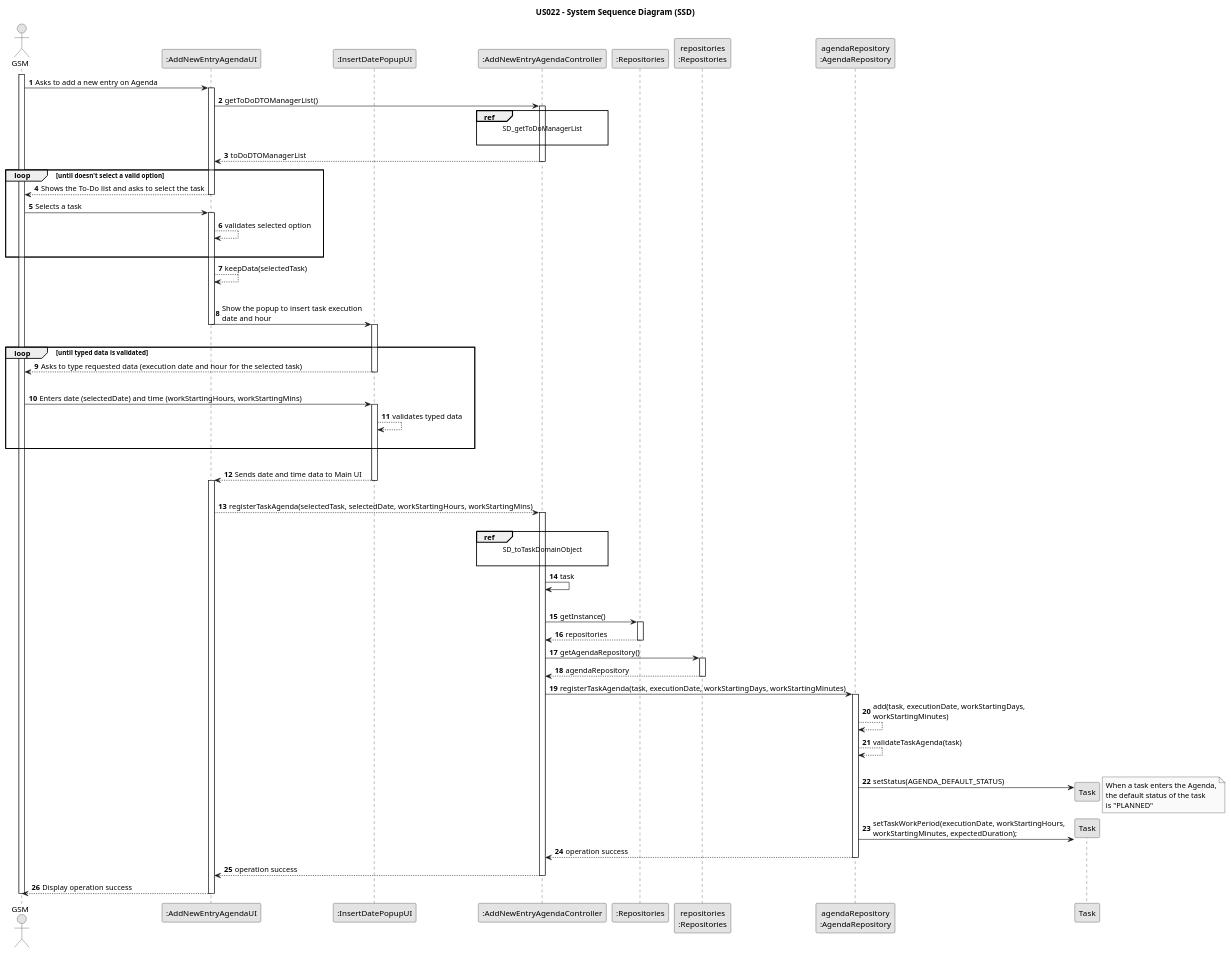
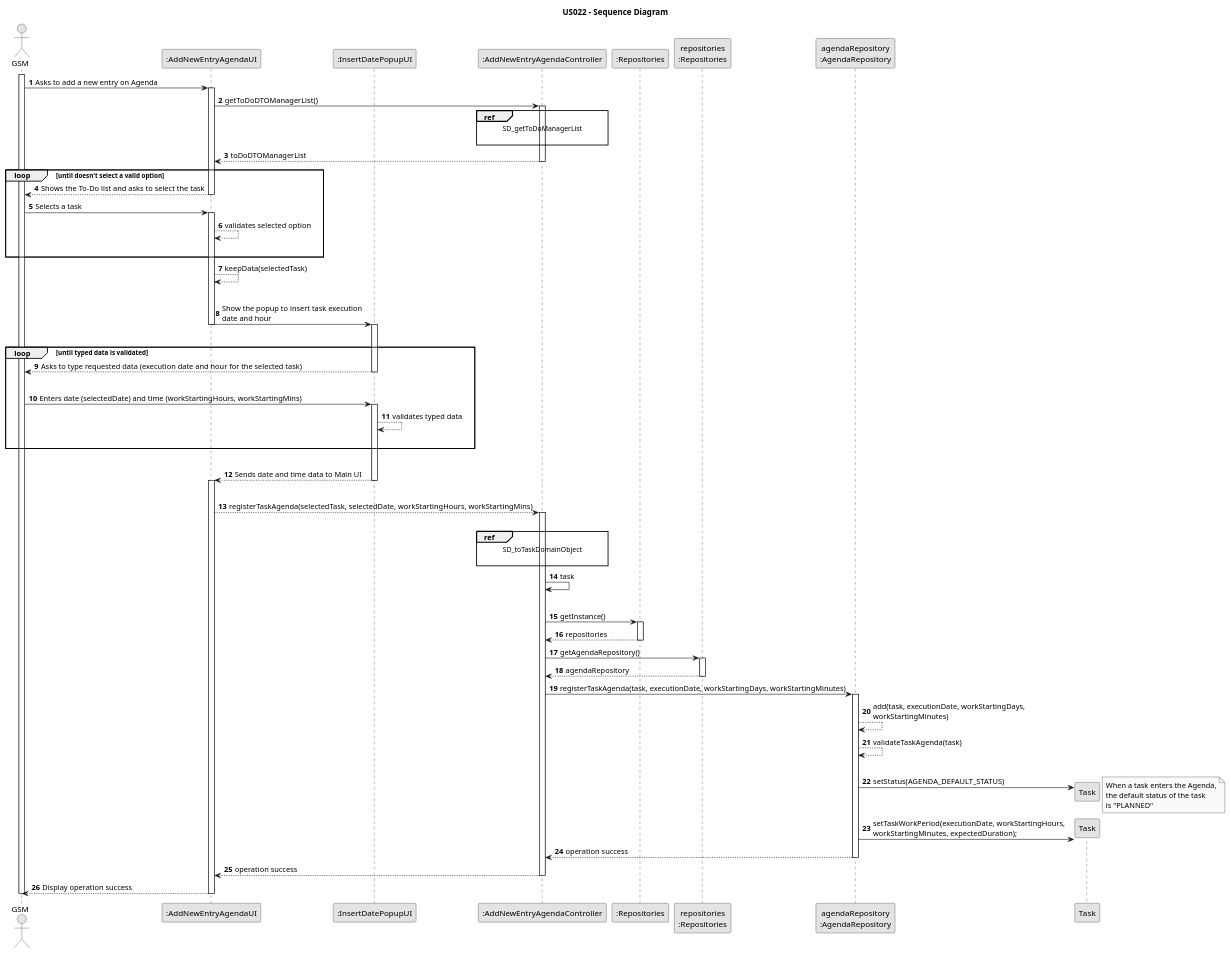
Before and after one commit to Rui-San/LAPR2_2023_2024: the diagram in docs/sprintC/us022/03.design/puml/us022-sequence-diagram.puml, drawn with PlantUML. The commit also changed 6 other files, not shown here.

```diff
--- a/docs/sprintC/us022/03.design/puml/us022-sequence-diagram.puml
+++ b/docs/sprintC/us022/03.design/puml/us022-sequence-diagram.puml
@@ -1,136 +1,136 @@
 @startuml
 skinparam monochrome true
 skinparam packageStyle rectangle
 skinparam shadowing false
 
-title US022 - System Sequence Diagram (SSD)
+title US022 - Sequence Diagram
 
 autonumber
 
 actor "GSM" as GSM
 participant ":AddNewEntryAgendaUI" as UI
 participant ":InsertDatePopupUI" as Popup
 participant ":AddNewEntryAgendaController" as CTRL
 participant ":Repositories" as REPO
 participant "repositories\n:Repositories" as REPOInstance
 participant "agendaRepository\n:AgendaRepository" as AgendaRepository
 
 
 activate GSM
 
     GSM -> UI : Asks to add a new entry on Agenda
 
     activate UI
 
 
     UI -> CTRL : getToDoDTOManagerList()
 
     activate CTRL
 
     ref over CTRL
     SD_getToDoManagerList
 
     end ref
 
     CTRL --> UI : toDoDTOManagerList
     deactivate CTRL
 
         loop until doesn't select a valid option
         UI --> GSM : Shows the To-Do list and asks to select the task
 
 
     deactivate UI
 
 
     GSM -> UI : Selects a task
     activate UI
     UI --> UI : validates selected option
         |||
         end
 
         UI --> UI : keepData(selectedTask)
         |||
 
         UI -> Popup : Show the popup to insert task execution\ndate and hour
         deactivate UI
         |||
         activate Popup
 
         loop until typed data is validated
 
         Popup --> GSM : Asks to type requested data (execution date and hour for the selected task)
         deactivate Popup
 
     deactivate UI
     |||
     GSM -> Popup: Enters date (selectedDate) and time (workStartingHours, workStartingMins)
     activate Popup
 
     Popup --> Popup : validates typed data
     |||
     end loop
     |||
 
         Popup --> UI: Sends date and time data to Main UI
     deactivate Popup
 
     activate UI
         |||
         UI --> CTRL : registerTaskAgenda(selectedTask, selectedDate, workStartingHours, workStartingMins)
         |||
 
         activate CTRL
 
         ref over CTRL
         SD_toTaskDomainObject
 
         end ref
 
         CTRL -> CTRL : task
         |||
 
         CTRL -> REPO : getInstance()
                     activate REPO
 
                         REPO --> CTRL : repositories
                     deactivate REPO
                     CTRL -> REPOInstance: getAgendaRepository()
 
                     activate REPOInstance
 
                         REPOInstance --> CTRL : agendaRepository
                     deactivate REPOInstance
 
                 CTRL -> AgendaRepository : registerTaskAgenda(task, executionDate, workStartingDays, workStartingMinutes)
                 activate AgendaRepository
 
                 AgendaRepository --> AgendaRepository : add(task, executionDate, workStartingDays,\nworkStartingMinutes)
 
                 AgendaRepository --> AgendaRepository : validateTaskAgenda(task)
 
                 |||
                 AgendaRepository -> Task** : setStatus(AGENDA_DEFAULT_STATUS)
 
                 note right
                                 When a task enters the Agenda,
                                 the default status of the task
                                 is "PLANNED"
                                              end note
 
                 AgendaRepository -> Task** : setTaskWorkPeriod(executionDate, workStartingHours,\nworkStartingMinutes, expectedDuration);
 
 
 
                 AgendaRepository --> CTRL : operation success
                 deactivate AgendaRepository
 
                 CTRL --> UI : operation success
                 deactivate CTRL
 
 
         UI --> GSM : Display operation success
     deactivate UI
 
 deactivate GSM
 
 @enduml
```
